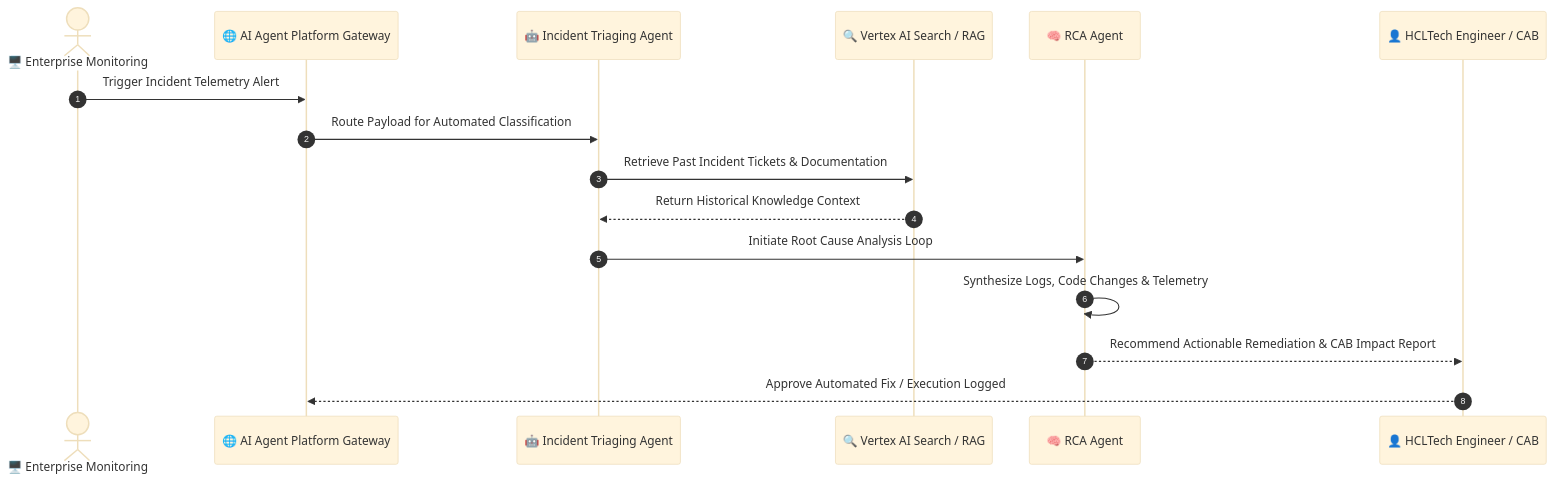
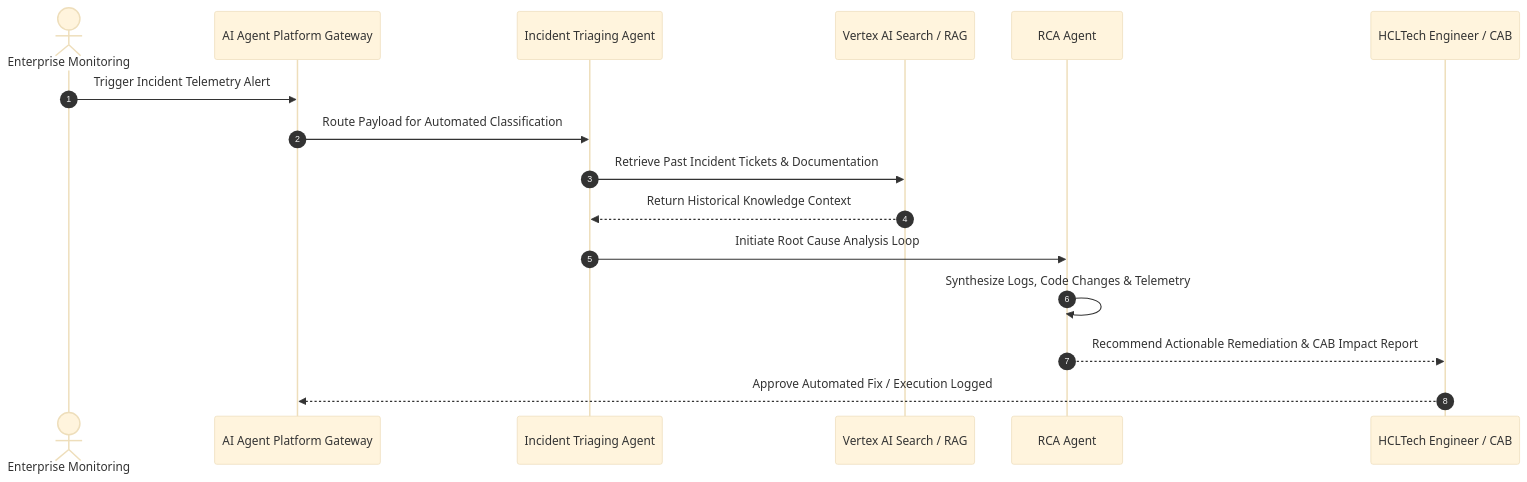
Before and after one commit to Sonu-Thomas-001/Sonu-Thomas-001: the second of 4 diagrams in README.md, drawn with Mermaid (base theme). The commit also changed other lines of this file, not shown here.

Commit message:
fix(mermaid): resolve syntax errors in enterprise architecture diagram for GitHub rendering

````diff
--- a/README.md
+++ b/README.md
@@ -258,19 +262,19 @@
 ```mermaid
 sequenceDiagram
     autonumber
-    actor System as 🖥️ Enterprise Monitoring
-    participant Gateway as 🌐 AI Agent Platform Gateway
-    participant IncidentAgent as 🤖 Incident Triaging Agent
-    participant RAG as 🔍 Vertex AI Search / RAG
-    participant RCAAgent as 🧠 RCA Agent
-    participant Engineer as 👤 HCLTech Engineer / CAB
+    actor System as Enterprise Monitoring
+    participant Gateway as AI Agent Platform Gateway
+    participant IncidentAgent as Incident Triaging Agent
+    participant RAG as Vertex AI Search / RAG
+    participant RCAAgent as RCA Agent
+    participant Engineer as HCLTech Engineer / CAB
 
     System->>Gateway: Trigger Incident Telemetry Alert
     Gateway->>IncidentAgent: Route Payload for Automated Classification
     IncidentAgent->>RAG: Retrieve Past Incident Tickets & Documentation
     RAG-->>IncidentAgent: Return Historical Knowledge Context
     IncidentAgent->>RCAAgent: Initiate Root Cause Analysis Loop
     RCAAgent->>RCAAgent: Synthesize Logs, Code Changes & Telemetry
     RCAAgent-->>Engineer: Recommend Actionable Remediation & CAB Impact Report
     Engineer-->>Gateway: Approve Automated Fix / Execution Logged
 ```
````
